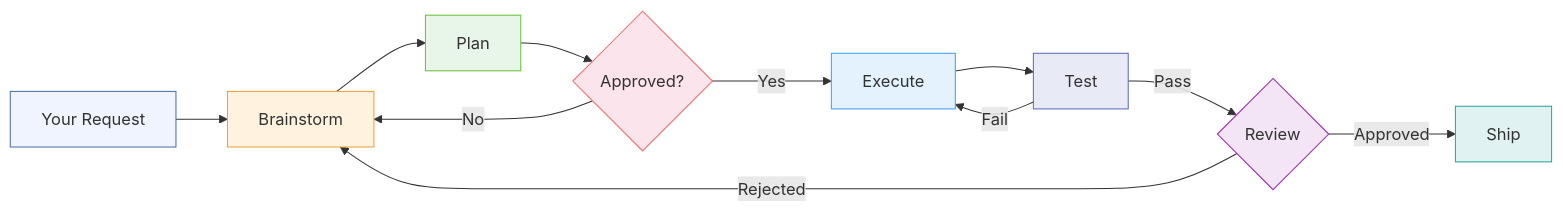
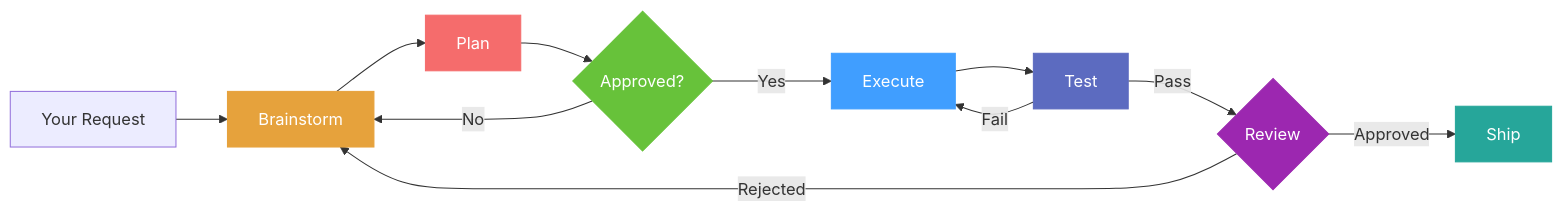
One commit to DerianAndre/aidd.md changed the first of 3 diagrams in WORKFLOW.md. Above: the diagram before and after it, drawn with Mermaid. The commit also changed other lines of this file, not shown here.

````diff
--- a/WORKFLOW.md
+++ b/WORKFLOW.md
@@ -34,22 +34,21 @@
 ```mermaid
 flowchart LR
     A[Your Request] --> B[Brainstorm]
     B --> C[Plan]
     C --> D{Approved?}
     D -- Yes --> E[Execute]
     D -- No --> B
     E --> F[Test]
     F -- Fail --> E
     F -- Pass --> G{Review}
     G -- Approved --> H[Ship]
     G -- Rejected --> B
 
-    style A fill:#f0f4ff,stroke:#4a6fa5
-    style B fill:#fff3e0,stroke:#e6a23c
-    style C fill:#e8f5e9,stroke:#67c23a
-    style D fill:#fce4ec,stroke:#f56c6c
-    style E fill:#e3f2fd,stroke:#409eff
-    style F fill:#e8eaf6,stroke:#5c6bc0
-    style G fill:#f3e5f5,stroke:#9c27b0
-    style H fill:#e0f2f1,stroke:#26a69a
+    style B fill:#e6a23c,color:#fff,stroke:#e6a23c
+    style C fill:#f56c6c,color:#fff,stroke:#f56c6c
+    style D fill:#67c23a,color:#fff,stroke:#67c23a
+    style E fill:#409eff,color:#fff,stroke:#409eff
+    style F fill:#5c6bc0,color:#fff,stroke:#5c6bc0
+    style G fill:#9c27b0,color:#fff,stroke:#9c27b0
+    style H fill:#26a69a,color:#fff,stroke:#26a69a
 ```
````
